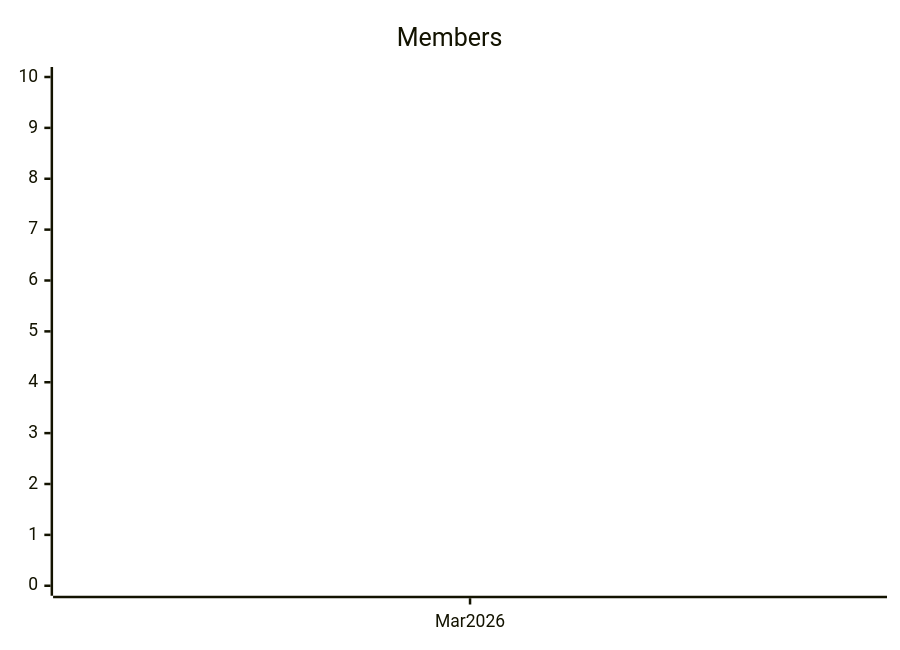
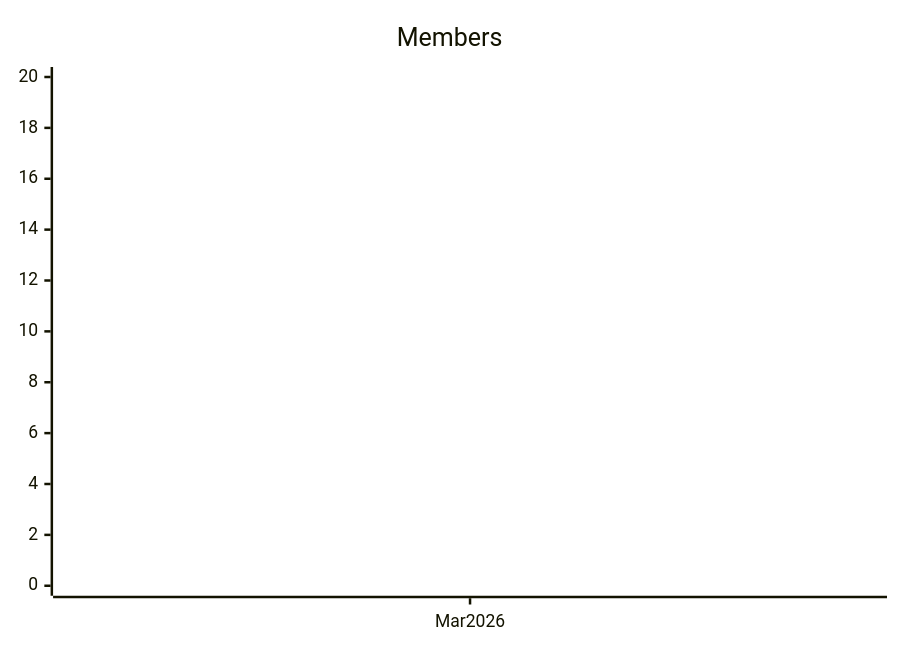
Before and after one commit to surenpoghosian/open-source-triage-initiative: the second of 2 diagrams in README.md, drawn with Mermaid. The commit also changed other lines of this file, not shown here.

````diff
--- a/README.md
+++ b/README.md
@@ -21,7 +21,7 @@
 ```mermaid
 xychart-beta
     title "Members"
     x-axis [Mar 2026]
-    y-axis 0 --> 10
+    y-axis 0 --> 20
     line [0]
 ```
````
